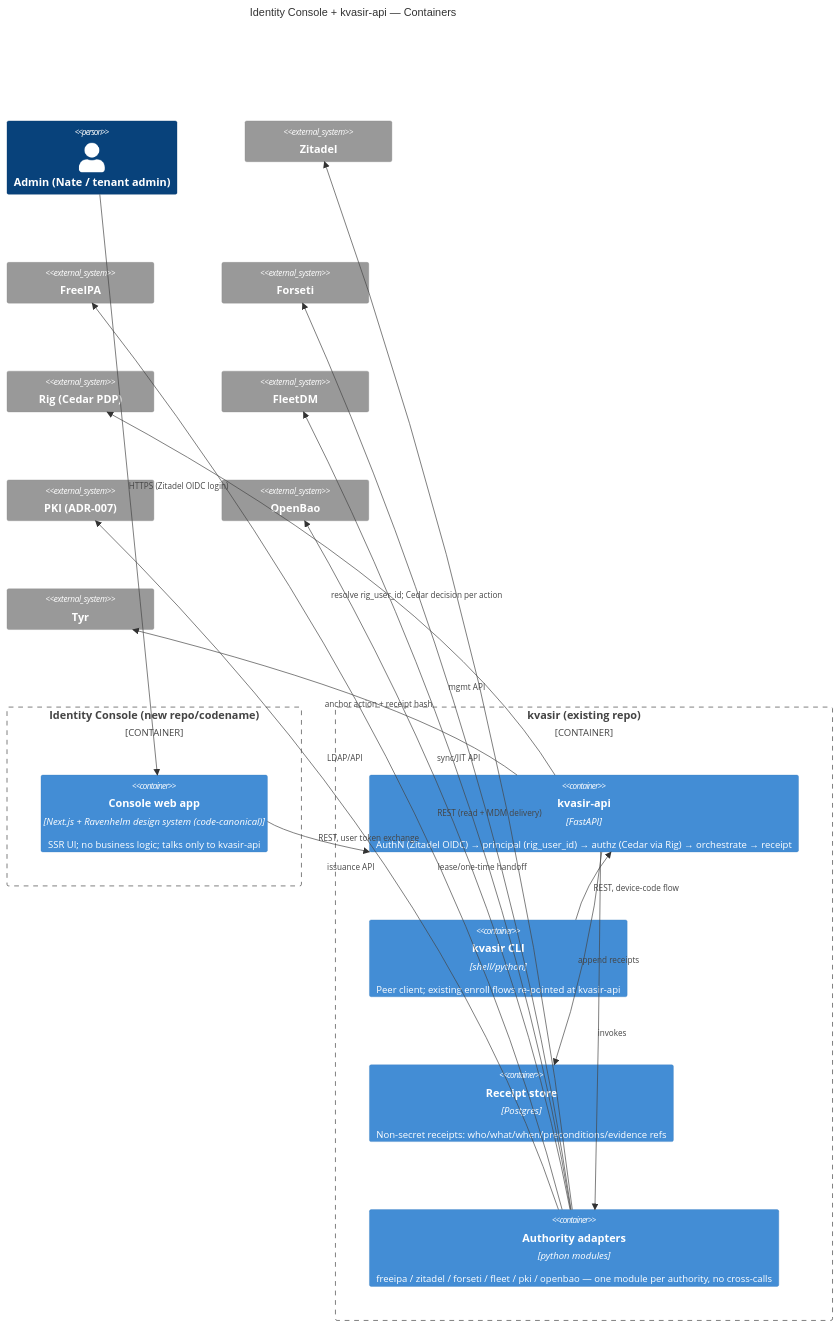
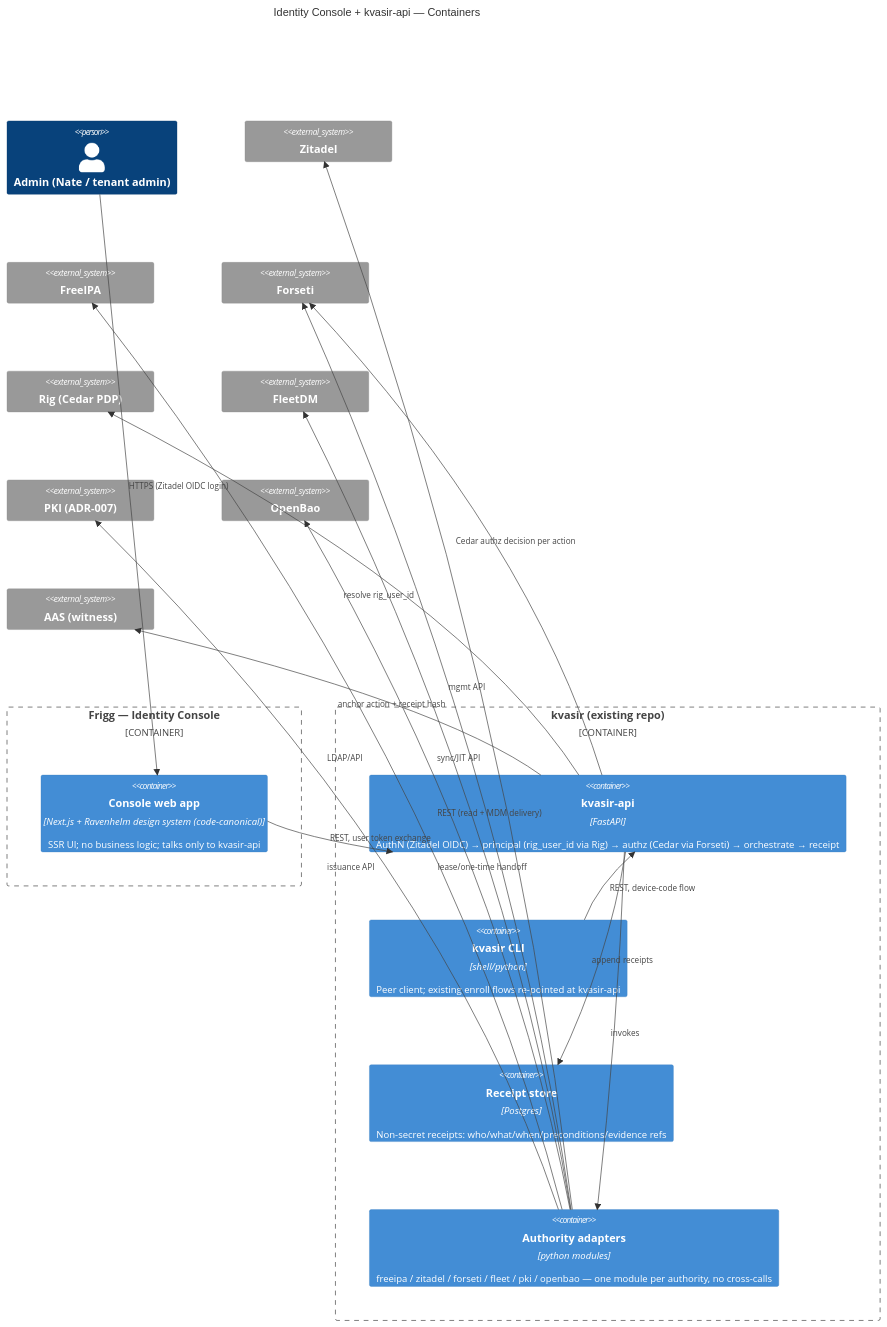
One commit to nwalker85/kvasir changed the second of 4 diagrams in docs/2026-08-02-identity-console-plan.md. Above: the diagram before and after it, drawn with Mermaid. The commit also changed other lines of this file, not shown here.

First line of the commit message:
docs: reconcile identity console plan with 2026-08-02 workshop canon

````diff
--- a/docs/2026-08-02-identity-console-plan.md
+++ b/docs/2026-08-02-identity-console-plan.md
@@ -84,35 +87,36 @@
 ```mermaid
 C4Container
     title Identity Console + kvasir-api — Containers
     Person(admin, "Admin (Nate / tenant admin)")
-    Container_Boundary(consoleB, "Identity Console (new repo/codename)") {
+    Container_Boundary(consoleB, "Frigg — Identity Console") {
         Container(web, "Console web app", "Next.js + Ravenhelm design system (code-canonical)", "SSR UI; no business logic; talks only to kvasir-api")
     }
     Container_Boundary(kvasirB, "kvasir (existing repo)") {
-        Container(api, "kvasir-api", "FastAPI", "AuthN (Zitadel OIDC) → principal (rig_user_id) → authz (Cedar via Rig) → orchestrate → receipt")
+        Container(api, "kvasir-api", "FastAPI", "AuthN (Zitadel OIDC) → principal (rig_user_id via Rig) → authz (Cedar via Forseti) → orchestrate → receipt")
         Container(cli, "kvasir CLI", "shell/python", "Peer client; existing enroll flows re-pointed at kvasir-api")
         Container(recdb, "Receipt store", "Postgres", "Non-secret receipts: who/what/when/preconditions/evidence refs")
         Container(adapters, "Authority adapters", "python modules", "freeipa / zitadel / forseti / fleet / pki / openbao — one module per authority, no cross-calls")
     }
     System_Ext(zit, "Zitadel")
     System_Ext(ipa, "FreeIPA")
     System_Ext(fors, "Forseti")
     System_Ext(rigS, "Rig (Cedar PDP)")
     System_Ext(flt, "FleetDM")
     System_Ext(pkiS, "PKI (ADR-007)")
     System_Ext(bao, "OpenBao")
-    System_Ext(tyrS, "Tyr")
+    System_Ext(tyrS, "AAS (witness)")
     Rel(admin, web, "HTTPS (Zitadel OIDC login)")
     Rel(web, api, "REST, user token exchange")
     Rel(cli, api, "REST, device-code flow")
     Rel(api, recdb, "append receipts")
     Rel(api, adapters, "invokes")
     Rel(adapters, ipa, "LDAP/API")
     Rel(adapters, zit, "mgmt API")
     Rel(adapters, fors, "sync/JIT API")
-    Rel(api, rigS, "resolve rig_user_id; Cedar decision per action")
+    Rel(api, rigS, "resolve rig_user_id")
+    Rel(api, fors, "Cedar authz decision per action")
     Rel(adapters, flt, "REST (read + MDM delivery)")
     Rel(adapters, pkiS, "issuance API")
     Rel(adapters, bao, "lease/one-time handoff")
     Rel(api, tyrS, "anchor action + receipt hash")
 ```
````
